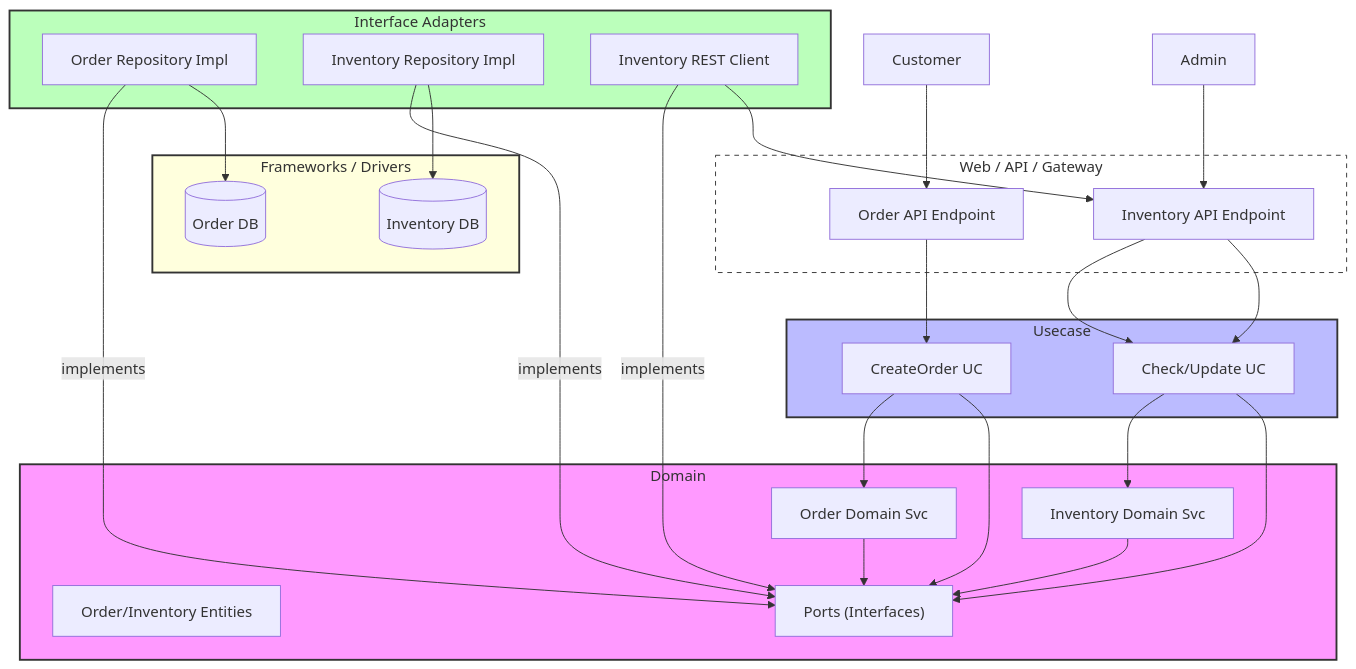
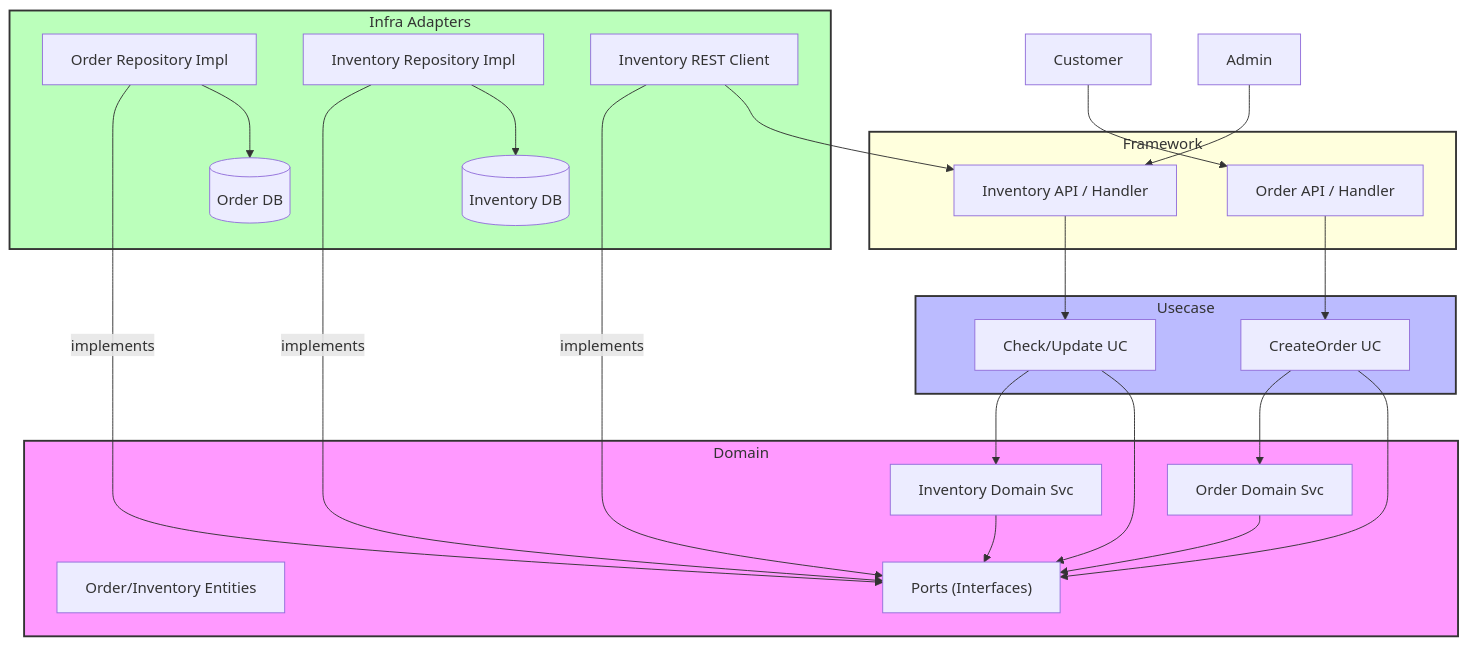
Before and after one commit to sandy2008/workshop: the diagram in software/clean_arch_ws3_en.md, drawn with Mermaid. The commit also changed other lines of this file and 7 other files, not shown here.

Commit message:
typo: infra adapter

````diff
--- a/software/clean_arch_ws3_en.md
+++ b/software/clean_arch_ws3_en.md
@@ -38,72 +39,66 @@
 ```mermaid
 graph TD
-    %% External / Frameworks & Drivers
+    %% External
     Customer[Customer]
     Admin[Admin]
 
-    subgraph Gateway [Web / API / Gateway]
-        OrderAPI[Order API Endpoint]
-        InvAPI[Inventory API Endpoint]
+    subgraph FrameworkLayer [Framework]
+        OrderAPI[Order API / Handler]
+        InvAPI[Inventory API / Handler]
     end
 
     subgraph UsecaseLayer [Usecase]
         OrderUC[CreateOrder UC]
         InvUC[Check/Update UC]
     end
 
     subgraph DomainLayer [Domain]
         Entities[Order/Inventory Entities]
         Ports["Ports (Interfaces)"]
         OrderDS[Order Domain Svc]
         InvDS[Inventory Domain Svc]
     end
 
-    subgraph AdapterLayer [Interface Adapters]
+    subgraph InfraLayer [Infra Adapters]
         OrderRepoImpl[Order Repository Impl]
         InvRepoImpl[Inventory Repository Impl]
         InvClientImpl[Inventory REST Client]
-    end
-
-    subgraph FrameworkLayer [Frameworks / Drivers]
         OrderDB[(Order DB)]
         InvDB[(Inventory DB)]
     end
 
     %% External Access
     Customer --> OrderAPI
     Admin --> InvAPI
 
     %% API to Usecase
     OrderAPI --> OrderUC
     InvAPI --> InvUC
 
     %% Usecase to Domain Dependency
     OrderUC --> OrderDS
     OrderUC --> Ports
     InvUC --> InvDS
     InvUC --> Ports
 
     %% Domain Service to Interface Dependency
     OrderDS --> Ports
     InvDS --> Ports
 
     %% Dependency Inversion (DIP)
     OrderRepoImpl -- "implements" --> Ports
     InvRepoImpl -- "implements" --> Ports
     InvClientImpl -- "implements" --> Ports
 
     %% Implementation to External Resources
     OrderRepoImpl --> OrderDB
     InvRepoImpl --> InvDB
 
-    %% Service Integration & Admin Flow Unification
-    %% Both Order Service and Admin use the same Inventory API.
+    %% Service Integration
     InvClientImpl --> InvAPI
-    InvAPI --> InvUC
 
     style DomainLayer fill:#f9f,stroke:#333,stroke-width:2px
     style UsecaseLayer fill:#bbf,stroke:#333,stroke-width:2px
-    style AdapterLayer fill:#bfb,stroke:#333,stroke-width:2px
+    style InfraLayer fill:#bfb,stroke:#333,stroke-width:2px
     style FrameworkLayer fill:#ffd,stroke:#333,stroke-width:2px
-    style Gateway fill:#fff,stroke:#333,stroke-dasharray: 5 5
 ```
````
